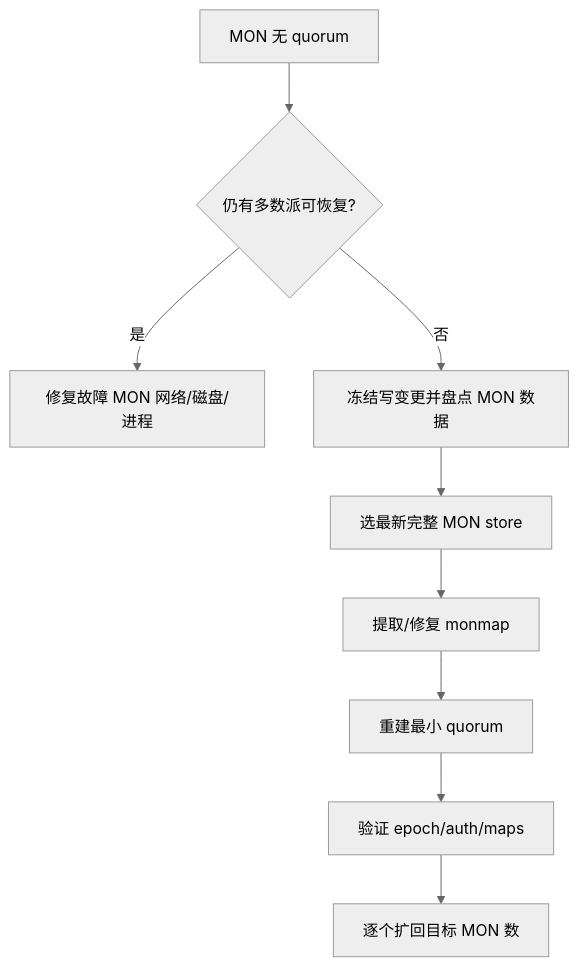
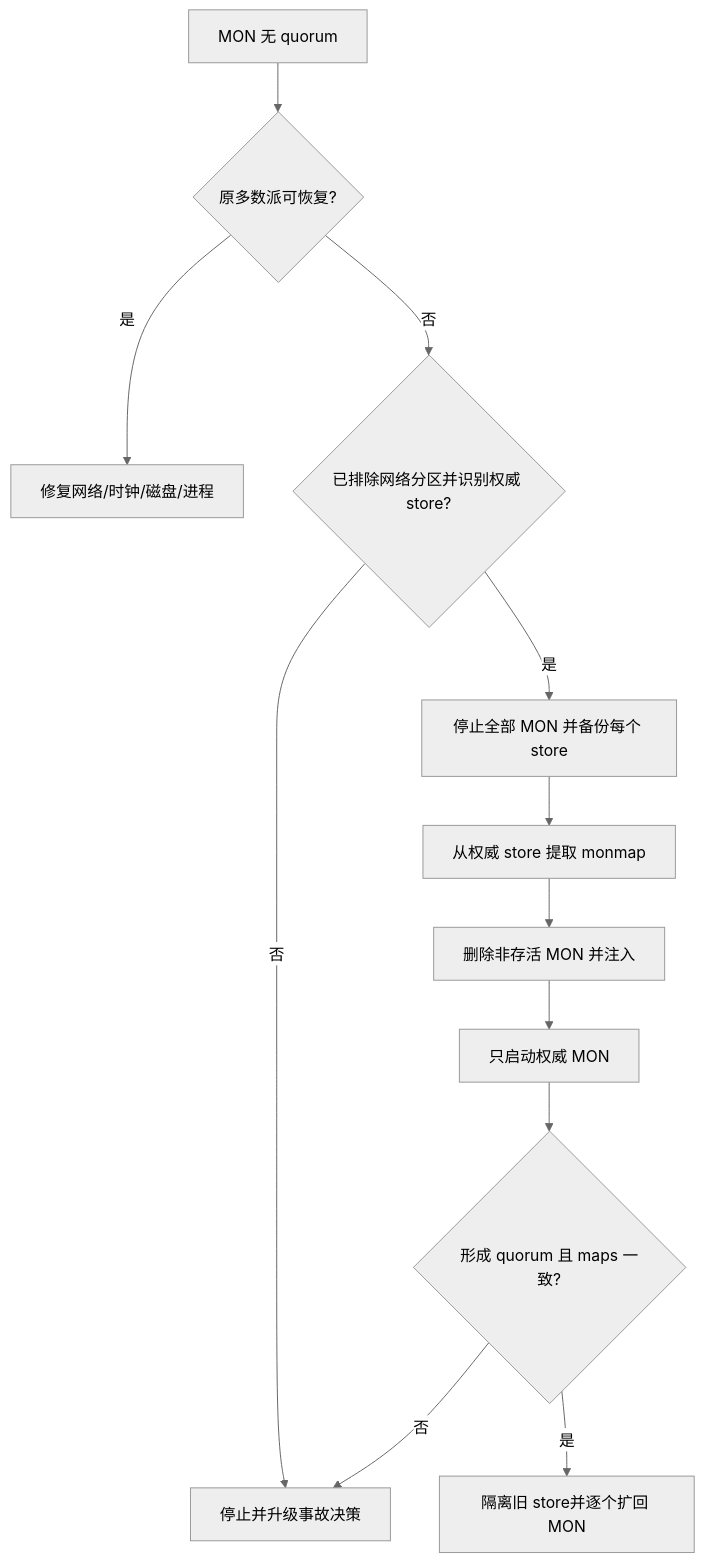
Diagram 40 of 48 in docs/storage/ceph/02-cephadm.md (brinnatt/kubeauto), drawn with Mermaid (neutral theme) before and after one commit. The commit also changed other lines of this file and 1 other file, not shown here.

````diff
--- a/docs/storage/ceph/02-cephadm.md
+++ b/docs/storage/ceph/02-cephadm.md
@@ -2014,11 +2393,14 @@
 ```mermaid
 flowchart TD
-  Q[MON 无 quorum] --> A{仍有多数派可恢复?}
-  A -->|是| S[修复故障 MON 网络/磁盘/进程]
-  A -->|否| D[冻结写变更并盘点 MON 数据]
-  D --> N[选最新完整 MON store]
-  N --> M[提取/修复 monmap]
-  M --> R[重建最小 quorum]
-  R --> V[验证 epoch/auth/maps]
-  V --> E[逐个扩回目标 MON 数]
+  Q[MON 无 quorum] --> A{原多数派可恢复?}
+  A -->|是| S[修复网络/时钟/磁盘/进程]
+  A -->|否| P{已排除网络分区并识别权威 store?}
+  P -->|否| X[停止并升级事故决策]
+  P -->|是| D[停止全部 MON 并备份每个 store]
+  D --> M[从权威 store 提取 monmap]
+  M --> R[删除非存活 MON 并注入]
+  R --> O[只启动权威 MON]
+  O --> V{形成 quorum 且 maps 一致?}
+  V -->|否| X
+  V -->|是| E[隔离旧 store并逐个扩回 MON]
 ```
````
